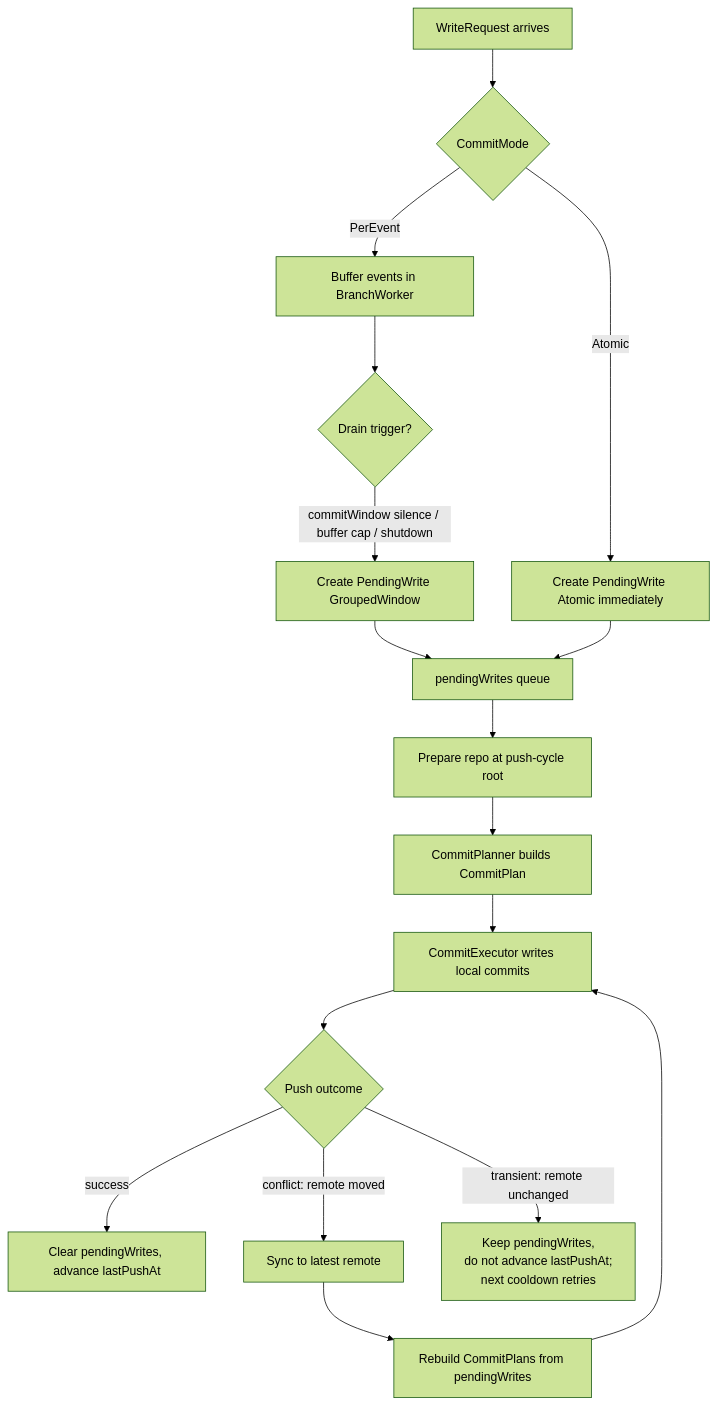
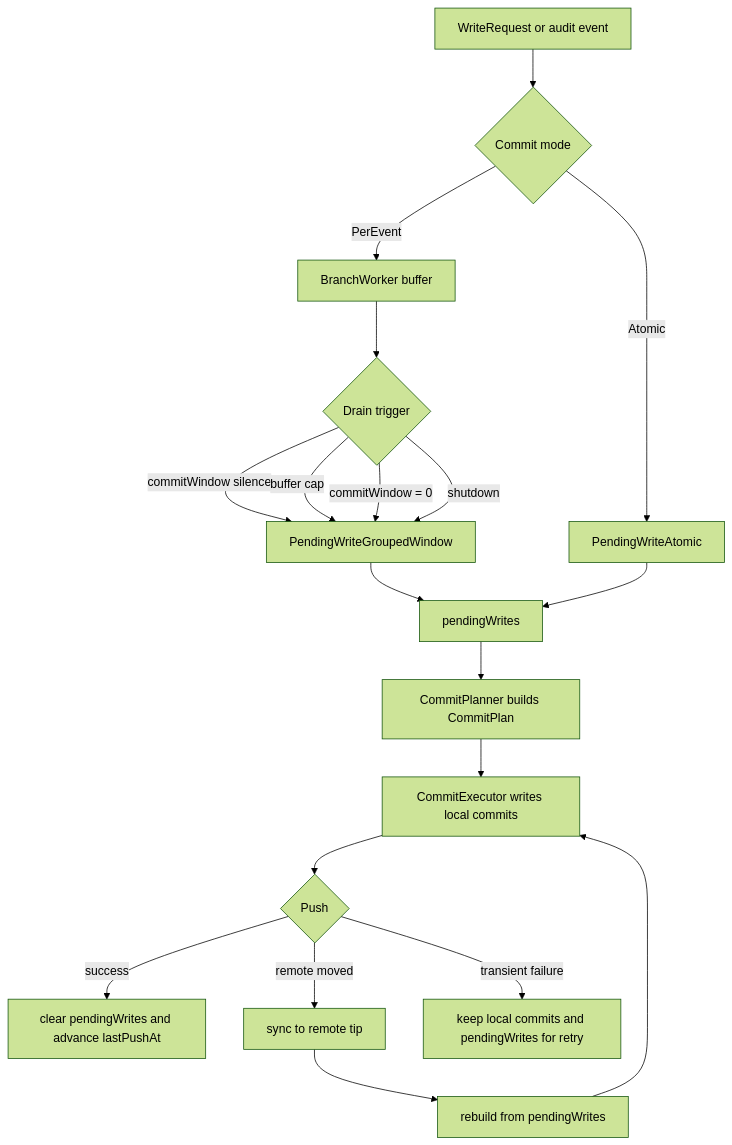
The diagram in docs/design/commit-window-refactor.md (ConfigButler/gitops-reverser), drawn with Mermaid (forest theme) before and after one commit. The commit also changed other lines of this file and 5 other files, not shown here.

````diff
--- a/docs/design/commit-window-refactor.md
+++ b/docs/design/commit-window-refactor.md
@@ -393,23 +59,21 @@
 ```mermaid
 flowchart TD
-    A[WriteRequest arrives] --> B{CommitMode}
-    B -->|PerEvent| C[Buffer events in BranchWorker]
-    B -->|Atomic| D[Create PendingWrite Atomic immediately]
-
-    C --> E{Drain trigger?}
-    E -->|commitWindow silence / buffer cap / shutdown| F[Create PendingWrite GroupedWindow]
-
-    F --> G[pendingWrites queue]
+    A[WriteRequest or audit event] --> B{Commit mode}
+    B -->|PerEvent| C[BranchWorker buffer]
+    B -->|Atomic| D[PendingWriteAtomic]
+    C --> E{Drain trigger}
+    E -->|commitWindow silence| F[PendingWriteGroupedWindow]
+    E -->|buffer cap| F
+    E -->|commitWindow = 0| F
+    E -->|shutdown| F
+    F --> G[pendingWrites]
     D --> G
-
-    G --> H[Prepare repo at push-cycle root]
-    H --> I[CommitPlanner builds CommitPlan]
-    I --> J[CommitExecutor writes local commits]
-
-    J --> K{Push outcome}
-    K -->|success| L[Clear pendingWrites, advance lastPushAt]
-    K -->|conflict: remote moved| M[Sync to latest remote]
-    M --> N[Rebuild CommitPlans from pendingWrites]
-    N --> J
-    K -->|transient: remote unchanged| O[Keep pendingWrites,<br/>do not advance lastPushAt;<br/>next cooldown retries]
+    G --> H[CommitPlanner builds CommitPlan]
+    H --> I[CommitExecutor writes local commits]
+    I --> J{Push}
+    J -->|success| K[clear pendingWrites and advance lastPushAt]
+    J -->|remote moved| L[sync to remote tip]
+    L --> M[rebuild from pendingWrites]
+    M --> I
+    J -->|transient failure| N[keep local commits and pendingWrites for retry]
 ```
````
